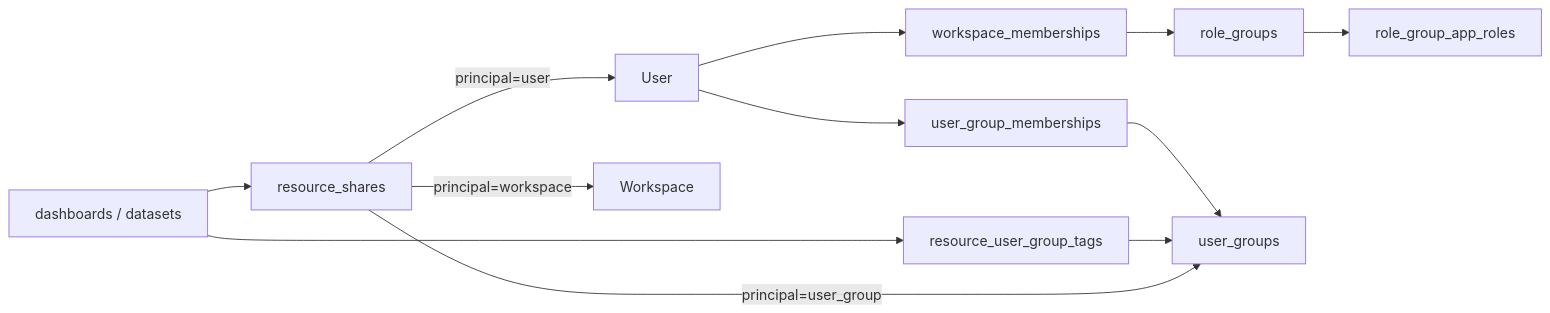
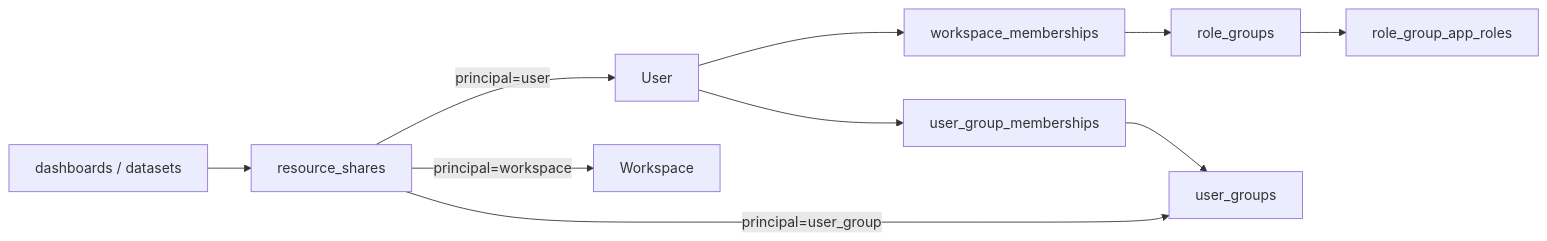
The second of 3 diagrams in docs/permissions-architecture.md (AvandarLabs/avandar), drawn with Mermaid before and after one commit. The commit also changed other lines of this file and 1 other file, not shown here.

First line of the commit message:
permissions: refresh architecture doc + harden drop migration

````diff
--- a/docs/permissions-architecture.md
+++ b/docs/permissions-architecture.md
@@ -136,14 +146,12 @@
 ```mermaid
 flowchart LR
   User --> WM[workspace_memberships]
   WM --> RG[role_groups]
   RG --> RGAR[role_group_app_roles]
   User --> UGM[user_group_memberships]
   UGM --> UG[user_groups]
-  Resource[dashboards / datasets] --> RT[resource_user_group_tags]
-  RT --> UG
-  Resource --> RS[resource_shares]
+  Resource[dashboards / datasets] --> RS[resource_shares]
   RS -->|"principal=user"| User
   RS -->|"principal=user_group"| UG
   RS -->|"principal=workspace"| Workspace
 ```
````
